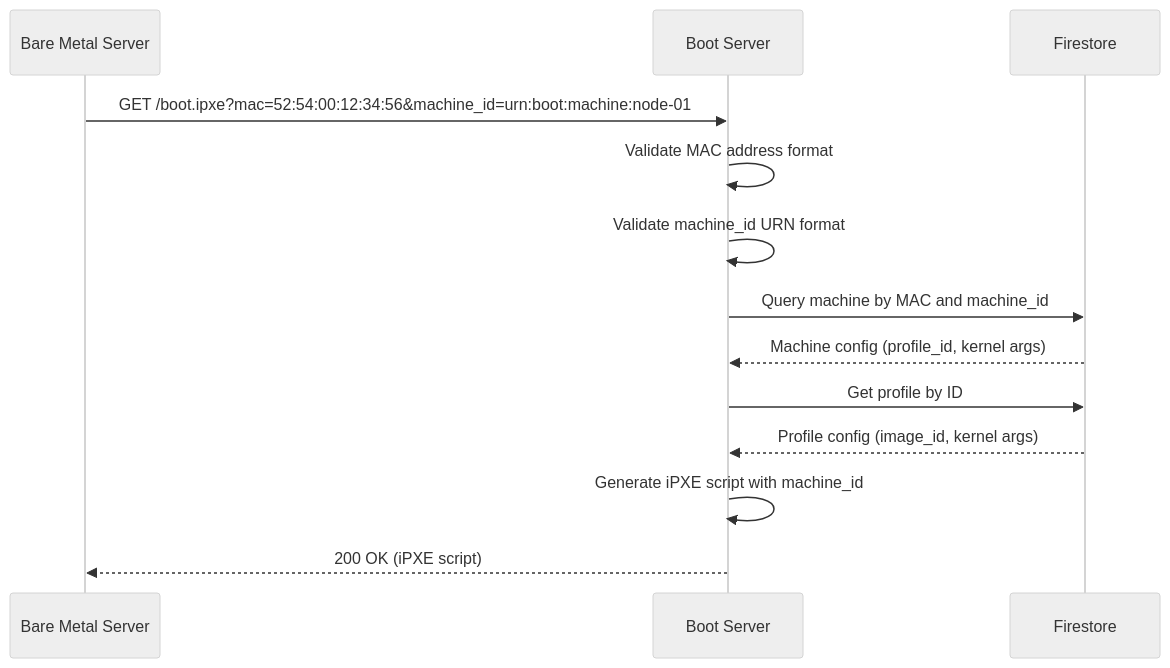
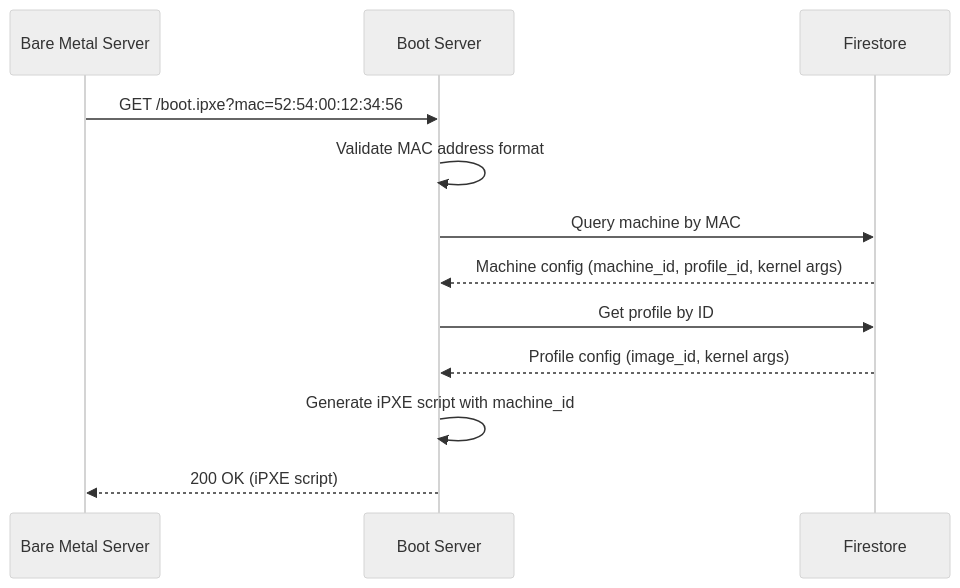
Before and after one commit to Zaba505/infra: the first of 3 diagrams in docs/content/r&d/services/boot/uefi-boot-endpoints.md, drawn with Mermaid (neutral theme). The commit also changed other lines of this file, not shown here.

Commit message:
docs(issue-605): clarify machine id usage

````diff
--- a/docs/content/r&d/services/boot/uefi-boot-endpoints.md
+++ b/docs/content/r&d/services/boot/uefi-boot-endpoints.md
@@ -18,16 +18,15 @@
 ```mermaid
 sequenceDiagram
     participant Client as Bare Metal Server
     participant Boot as Boot Server
     participant DB as Firestore
     
-    Client->>Boot: GET /boot.ipxe?mac=52:54:00:12:34:56&machine_id=urn:boot:machine:node-01
+    Client->>Boot: GET /boot.ipxe?mac=52:54:00:12:34:56
     Boot->>Boot: Validate MAC address format
-    Boot->>Boot: Validate machine_id URN format
-    Boot->>DB: Query machine by MAC and machine_id
-    DB-->>Boot: Machine config (profile_id, kernel args)
+    Boot->>DB: Query machine by MAC
+    DB-->>Boot: Machine config (machine_id, profile_id, kernel args)
     Boot->>DB: Get profile by ID
     DB-->>Boot: Profile config (image_id, kernel args)
     Boot->>Boot: Generate iPXE script with machine_id
     Boot-->>Client: 200 OK (iPXE script)
 ```
````
